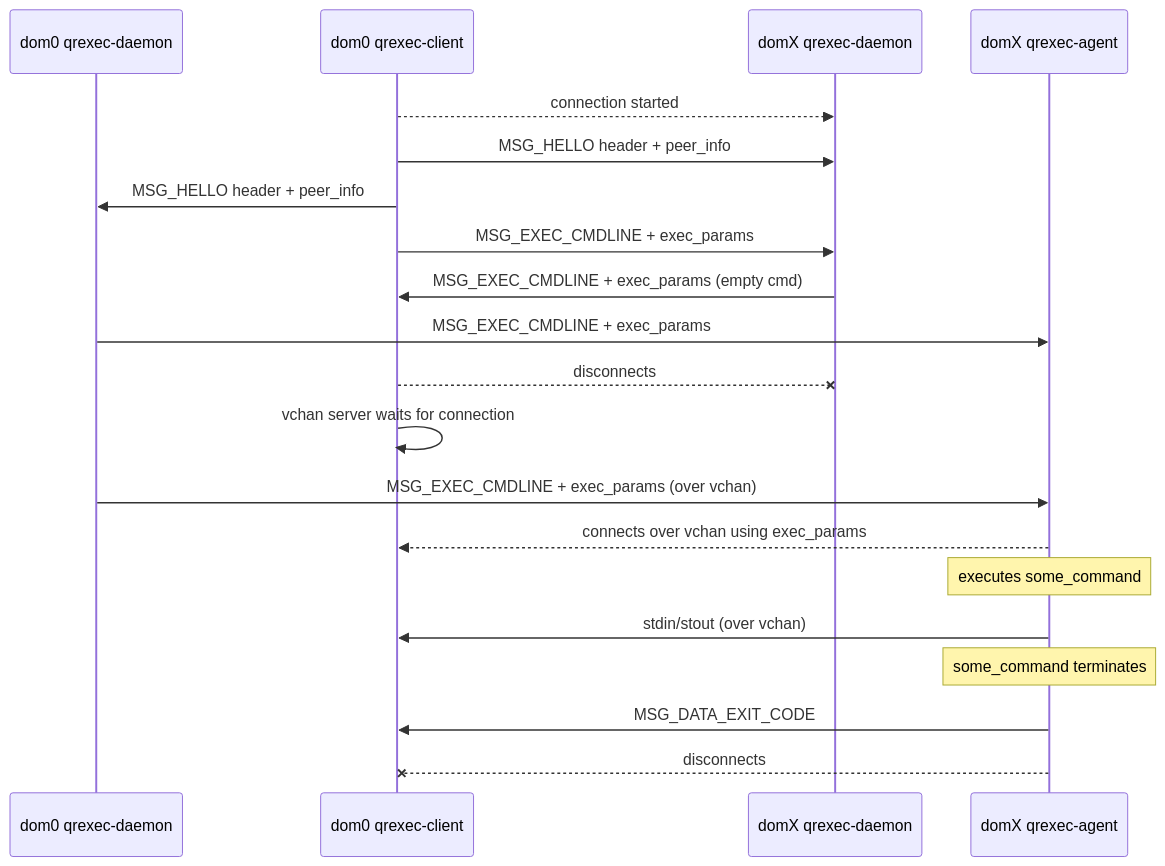
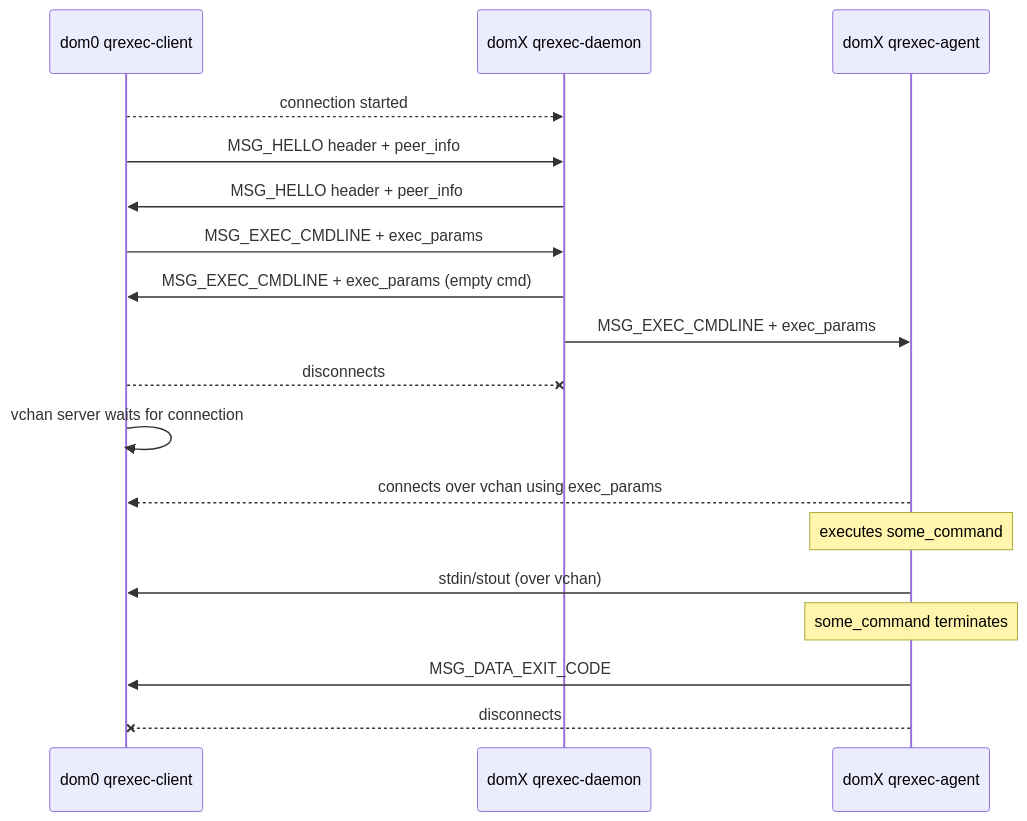
The diagram in wiki/qrexec3/qrexec-internals-dom0.mmd (QubesOS/qubes-attachment), drawn with Mermaid before and after one commit.

Commit message:
Fix dom0 RPC diagram

```diff
--- a/wiki/qrexec3/qrexec-internals-dom0.mmd
+++ b/wiki/qrexec3/qrexec-internals-dom0.mmd
@@ -1,22 +1,21 @@
 sequenceDiagram
-participant 0d as dom0 qrexec-daemon
 participant 0c as dom0 qrexec-client
 participant xd as domX qrexec-daemon
 participant xa as domX qrexec-agent
 # qrexec-client -d domX user:some_command
 0c -->> xd: connection started
 0c ->> xd: MSG_HELLO header + peer_info
-0c ->> 0d: MSG_HELLO header + peer_info
+xd ->> 0c: MSG_HELLO header + peer_info
+# allocate and fill vchan port
 0c ->> xd: MSG_EXEC_CMDLINE + exec_params
 xd ->> 0c: MSG_EXEC_CMDLINE + exec_params (empty cmd)
-0d ->> xa: MSG_EXEC_CMDLINE + exec_params
+xd ->> xa: MSG_EXEC_CMDLINE + exec_params
 0c --x xd: disconnects
 # Note over 0c: starts a vchan server
 0c ->> 0c: vchan server waits for connection
-0d ->> xa: MSG_EXEC_CMDLINE + exec_params (over vchan)
 xa -->> 0c: connects over vchan using exec_params
 Note over xa: executes some_command
 xa ->> 0c: stdin/stout (over vchan)
 Note over xa: some_command terminates
 xa ->> 0c: MSG_DATA_EXIT_CODE
 xa --x 0c: disconnects
```
